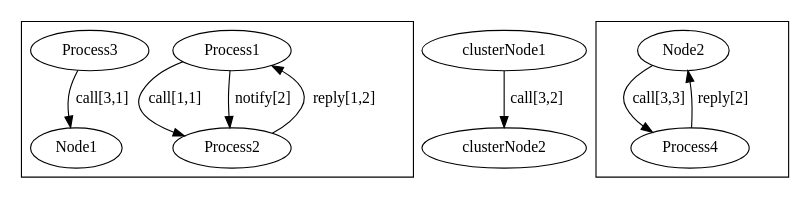
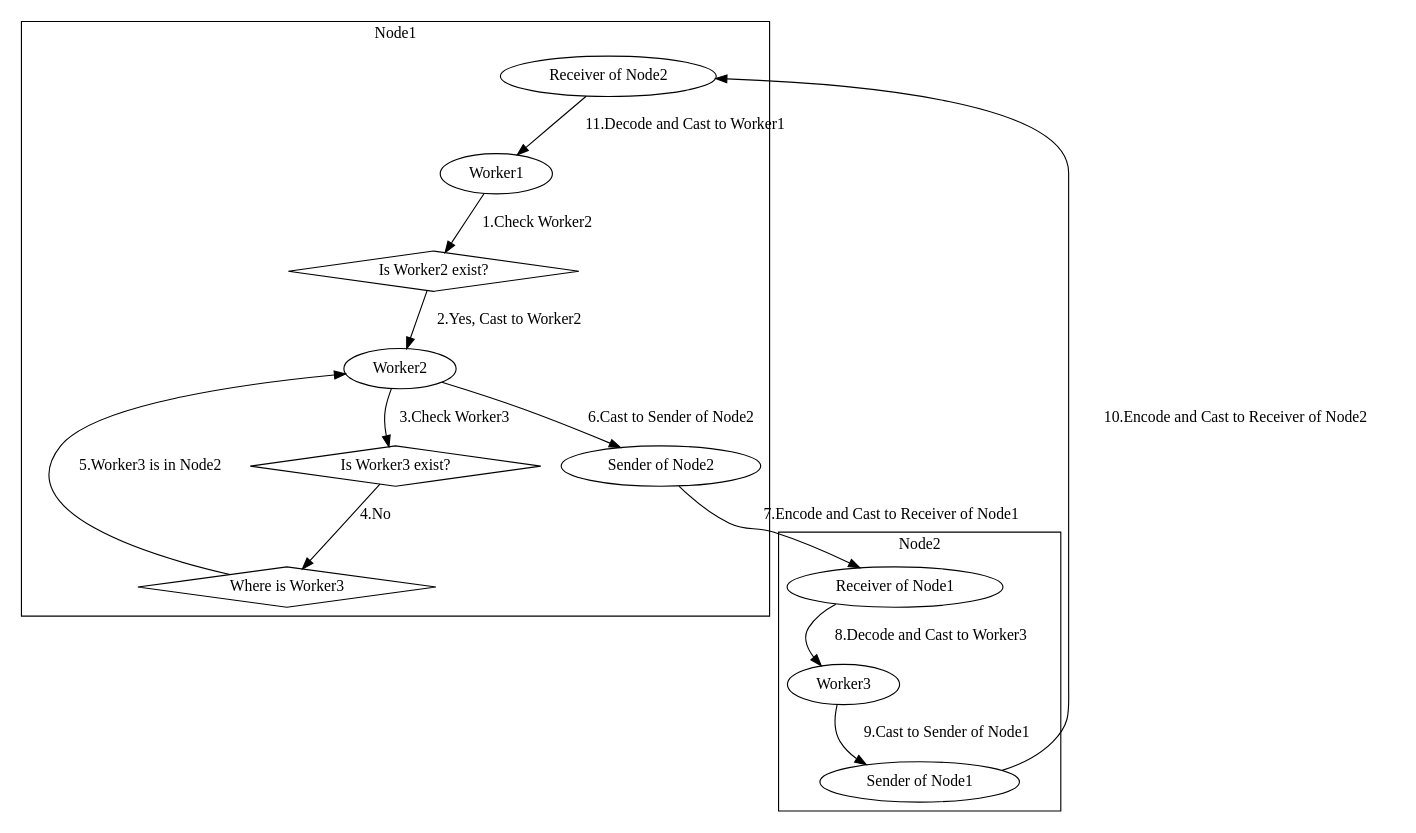
One commit to hycxa/gommo changed the diagram in doc/node.dot. Above: the diagram before and after it, drawn with Graphviz. The commit also changed 32 other files, not shown here.

Commit message:
design graph in doc/*.dot, redo

```diff
--- a/doc/node.dot
+++ b/doc/node.dot
@@ -1,28 +1,33 @@
 digraph G {
-	//graph [label="App Node Model"];
-	//node [colorscheme=rdbu11 fontsize=12];
-	//edge [colorscheme=rdbu11 fontsize=12];
-	//
-	subgraph clusterNode1 {
 
-		Process1 -> Process2 [label="call[1,1]"]
-
-		Process2 -> Process1 [label="reply[1,2]"]
-
-		Process1 -> Process2 [label="notify[2]"]
-
-		Process3 -> Node1 [label="call[3,1]"]
-	}
-	
-
-	clusterNode1 -> clusterNode2 [label="call[3,2]"]
-
-	subgraph clusterNode2 {
-
-		Node2 -> Process4 [label="call[3,3]"]
-
-		Process4 -> Node2 [label="reply[2]"]
-
+	subgraph clusterN1 {
+		graph [label="Node1"]
+		checkw2 [label="Is Worker2 exist?" shape="diamond"]
+		checkw3 [label="Is Worker3 exist?" shape="diamond"]
+		findw3 [label="Where is Worker3" shape="diamond"]
+		w1 [label="Worker1"]
+		w2 [label="Worker2"]
+		ns2 [label="Sender of Node2"]
+		nr2 [label="Receiver of Node2"]
 	}
 
+	subgraph clusterN2 {
+		graph [label="Node2"]
+		w3 [label="Worker3"]
+		ns1 [label="Sender of Node1"]
+		nr1 [label="Receiver of Node1"]
+	}
+
+	w1 -> checkw2 [label="1.Check Worker2"]
+	checkw2 -> w2 [label="2.Yes, Cast to Worker2"]
+
+	w2 -> checkw3 [label="3.Check Worker3"]
+	checkw3 -> findw3 [label="4.No"]
+	findw3 -> w2 [label="5.Worker3 is in Node2"]
+	w2 -> ns2 [label="6.Cast to Sender of Node2"]
+	ns2 -> nr1 [label="7.Encode and Cast to Receiver of Node1"]
+	nr1 -> w3 [label="8.Decode and Cast to Worker3"]
+	w3 -> ns1 [label="9.Cast to Sender of Node1"]
+	ns1 -> nr2 [label="10.Encode and Cast to Receiver of Node2"]
+	nr2 -> w1 [label="11.Decode and Cast to Worker1"]
 }
```
